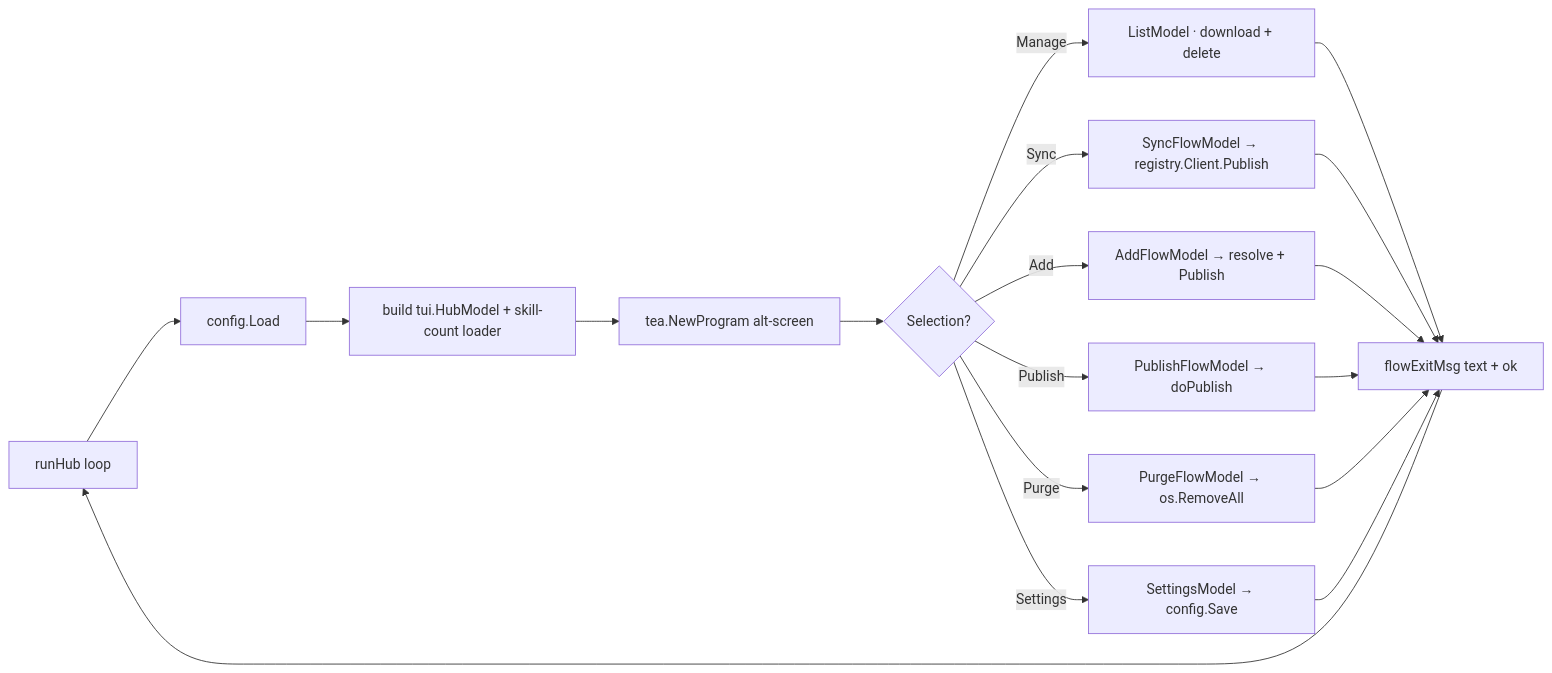
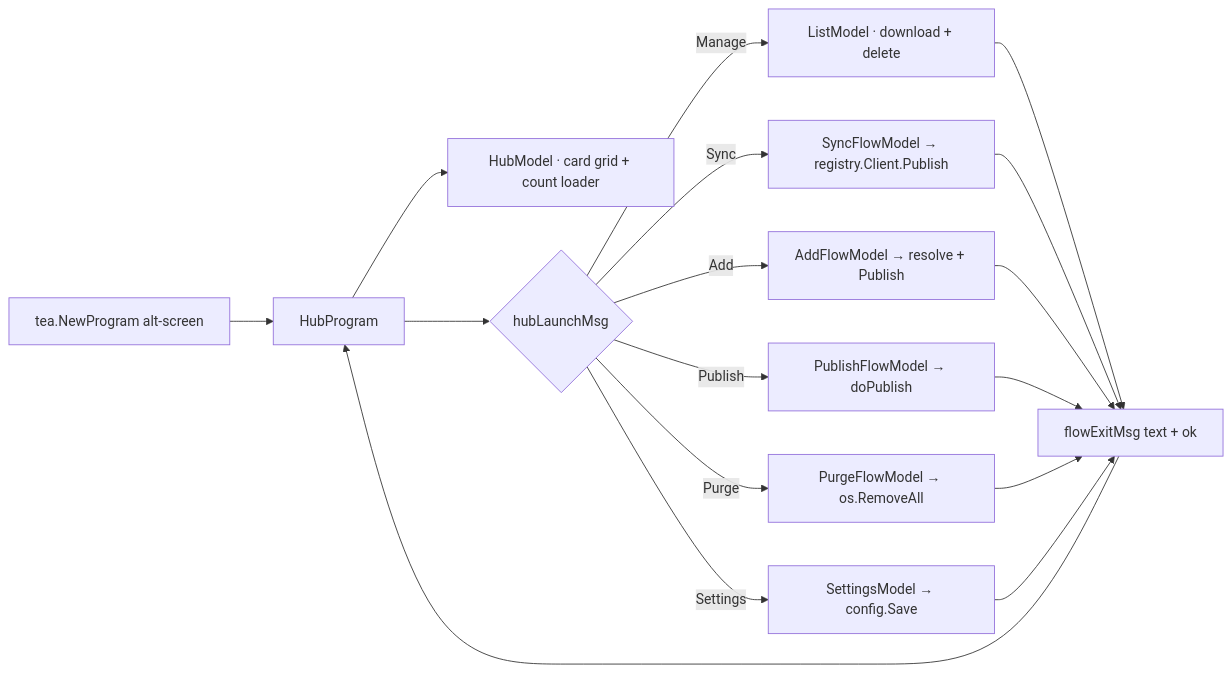
Before and after one commit to nikships/skills-registry: the third of 3 diagrams in docs/registry.md, drawn with Mermaid. The commit also changed other lines of this file and 2 other files, not shown here.

````diff
--- a/docs/registry.md
+++ b/docs/registry.md
@@ -102,15 +102,14 @@
 ```mermaid
 flowchart LR
-  Loop[runHub loop] --> Load[config.Load]
-  Load --> Model[build tui.HubModel + skill-count loader]
-  Model --> Run[tea.NewProgram alt-screen]
-  Run --> Sel{Selection?}
-  Sel -- Manage --> AM[ListModel · download + delete]
-  Sel -- Sync --> AS[SyncFlowModel → registry.Client.Publish]
-  Sel -- Add --> AA[AddFlowModel → resolve + Publish]
-  Sel -- Publish --> AP[PublishFlowModel → doPublish]
-  Sel -- Purge --> AX[PurgeFlowModel → os.RemoveAll]
-  Sel -- Settings --> AT[SettingsModel → config.Save]
-  AM & AS & AA & AP & AX & AT --> Toast[flowExitMsg text + ok]
-  Toast --> Loop
+  Run[tea.NewProgram alt-screen] --> Hub[HubProgram]
+  Hub --> HubView[HubModel · card grid + count loader]
+  Hub --> Launch{hubLaunchMsg}
+  Launch -- Manage --> AM[ListModel · download + delete]
+  Launch -- Sync --> AS[SyncFlowModel → registry.Client.Publish]
+  Launch -- Add --> AA[AddFlowModel → resolve + Publish]
+  Launch -- Publish --> AP[PublishFlowModel → doPublish]
+  Launch -- Purge --> AX[PurgeFlowModel → os.RemoveAll]
+  Launch -- Settings --> AT[SettingsModel → config.Save]
+  AM & AS & AA & AP & AX & AT --> Exit[flowExitMsg text + ok]
+  Exit --> Hub
 ```
````
